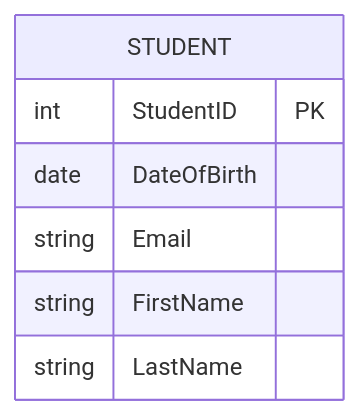
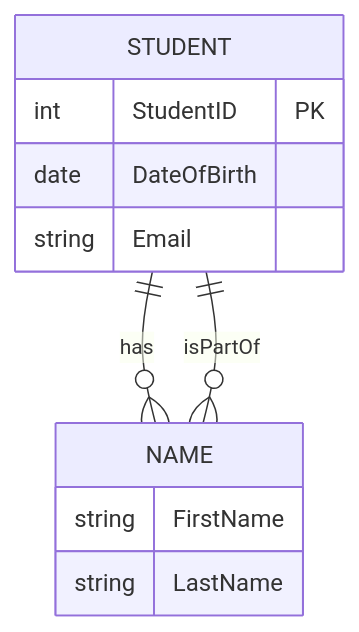
One commit to P7XCKD/NF changed the diagram in Notes Factory/Semister 3/Rough Work/sample.md. Above: the diagram before and after it, drawn with Mermaid.

Commit message:
create/update 'sample.md' file

````diff
--- a/Notes Factory/Semister 3/Rough Work/sample.md
+++ b/Notes Factory/Semister 3/Rough Work/sample.md
@@ -1,14 +1,17 @@
 ```mermaid
 erDiagram
     STUDENT {
         int StudentID PK
         date DateOfBirth
         string Email
     }
-
-    STUDENT {
+    
+    STUDENT ||--o{ NAME : has
+    
+    NAME {
         string FirstName
         string LastName
     }
-
+    
+    NAME }o--|| STUDENT : isPartOf
 ```
````
